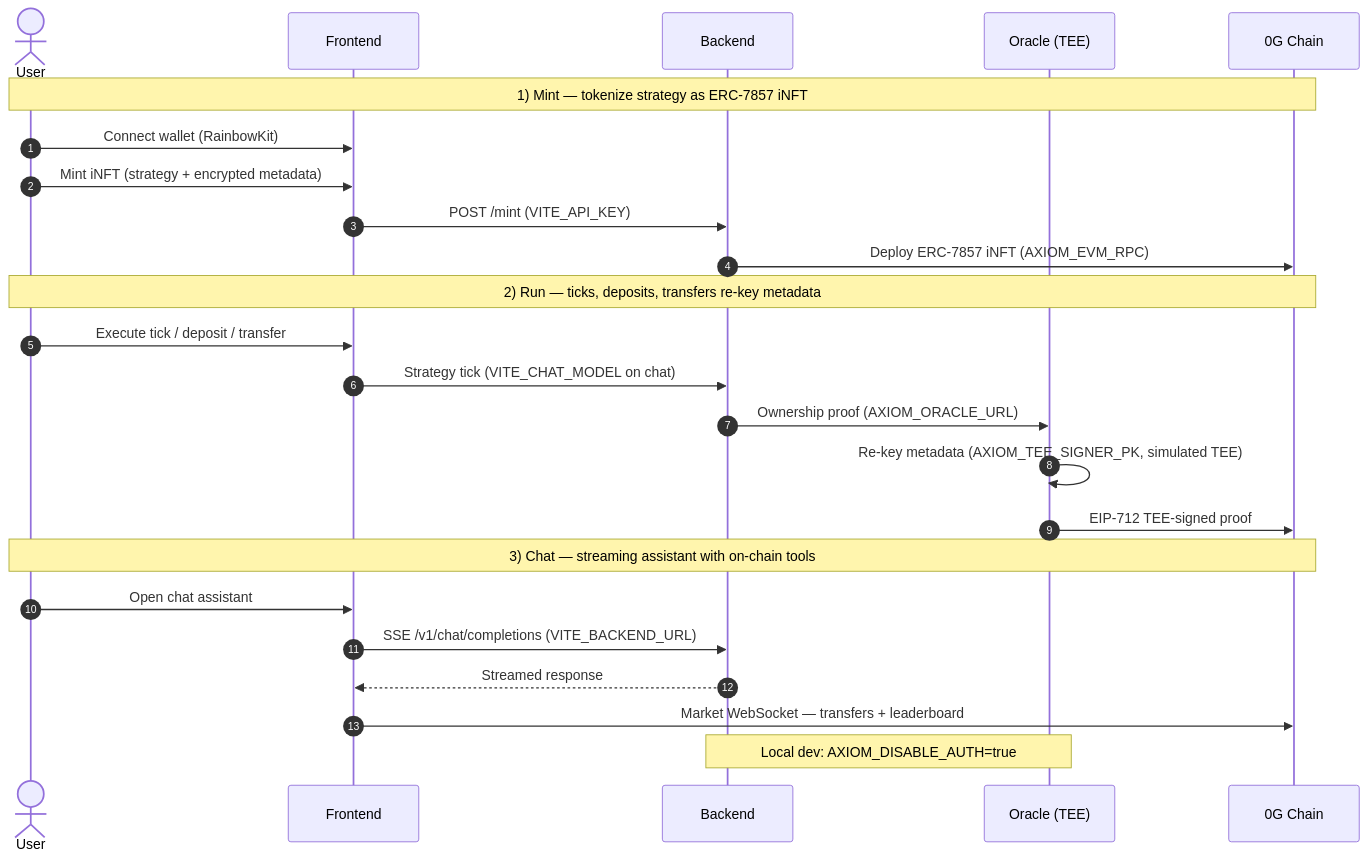
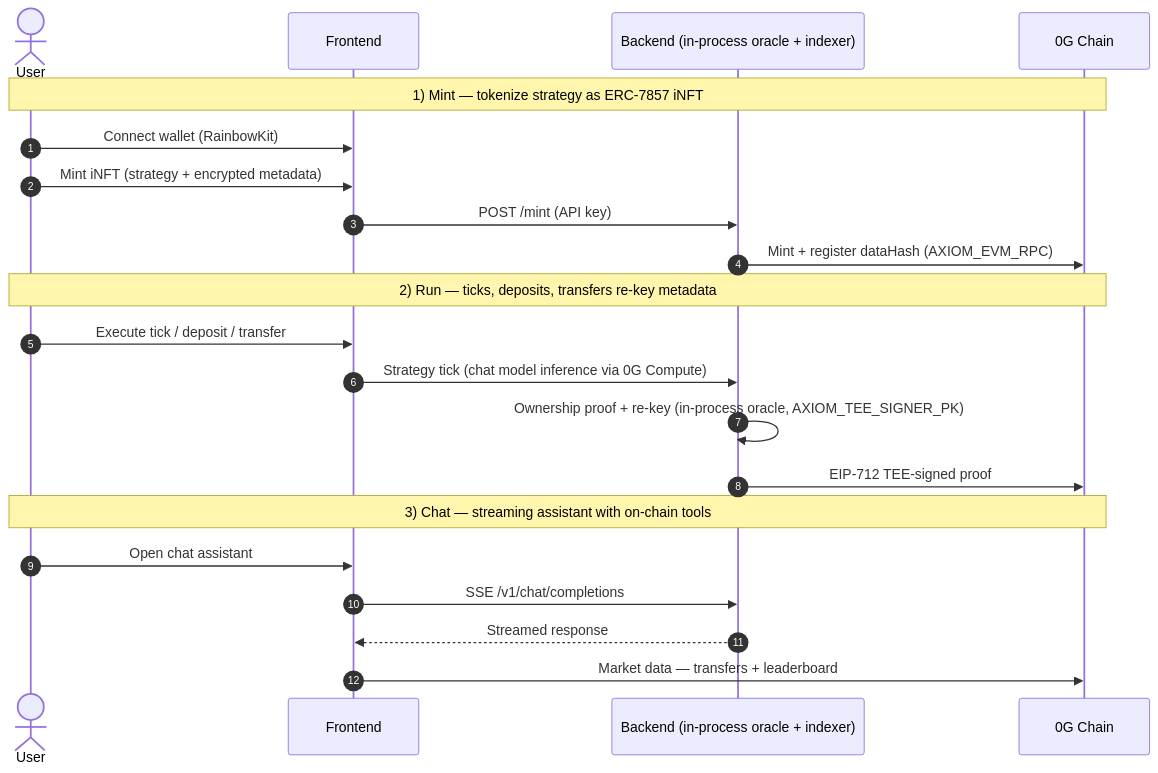
One commit to symulacr/axiom-protocol changed the diagram in README.md. Above: the diagram before and after it, drawn with Mermaid. The commit also changed other lines of this file and 31 other files, not shown here.

````diff
--- a/README.md
+++ b/README.md
@@ -26,27 +35,24 @@
 ```mermaid
 sequenceDiagram
     autonumber
     actor User
     participant FE as Frontend
-    participant BE as Backend
-    participant OR as Oracle (TEE)
+    participant BE as Backend (in-process oracle + indexer)
     participant CH as 0G Chain
 
     Note over User,CH: 1) Mint — tokenize strategy as ERC-7857 iNFT
     User->>FE: Connect wallet (RainbowKit)
     User->>FE: Mint iNFT (strategy + encrypted metadata)
-    FE->>BE: POST /mint (VITE_API_KEY)
-    BE->>CH: Deploy ERC-7857 iNFT (AXIOM_EVM_RPC)
+    FE->>BE: POST /mint (API key)
+    BE->>CH: Mint + register dataHash (AXIOM_EVM_RPC)
     Note over User,CH: 2) Run — ticks, deposits, transfers re-key metadata
     User->>FE: Execute tick / deposit / transfer
-    FE->>BE: Strategy tick (VITE_CHAT_MODEL on chat)
-    BE->>OR: Ownership proof (AXIOM_ORACLE_URL)
-    OR->>OR: Re-key metadata (AXIOM_TEE_SIGNER_PK, simulated TEE)
-    OR->>CH: EIP-712 TEE-signed proof
+    FE->>BE: Strategy tick (chat model inference via 0G Compute)
+    BE->>BE: Ownership proof + re-key (in-process oracle, AXIOM_TEE_SIGNER_PK)
+    BE->>CH: EIP-712 TEE-signed proof
     Note over User,CH: 3) Chat — streaming assistant with on-chain tools
     User->>FE: Open chat assistant
-    FE->>BE: SSE /v1/chat/completions (VITE_BACKEND_URL)
+    FE->>BE: SSE /v1/chat/completions
     BE-->>FE: Streamed response
-    FE->>CH: Market WebSocket — transfers + leaderboard
-    Note over BE,OR: Local dev: AXIOM_DISABLE_AUTH=true
+    FE->>CH: Market data — transfers + leaderboard
 ```
````
